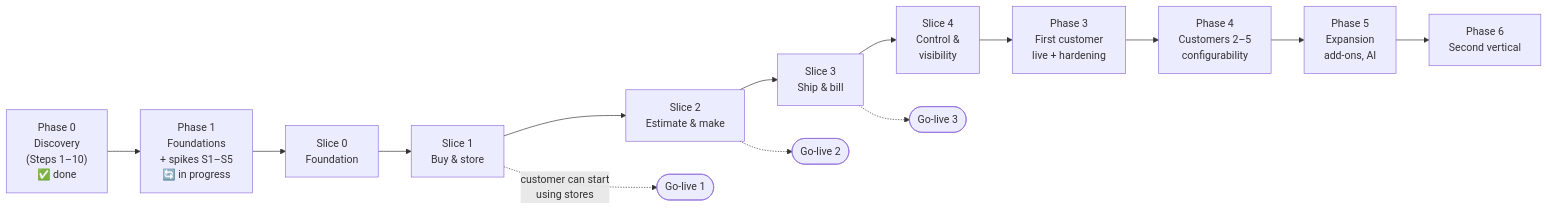
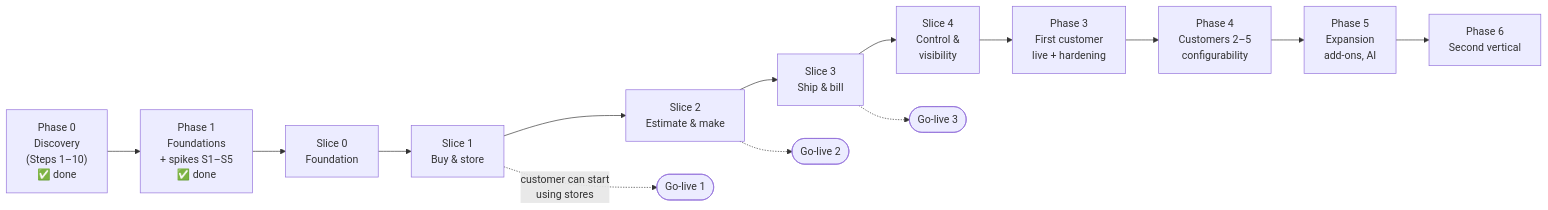
One commit to adityayadav30561-rgb/MASTER-ERP changed the diagram in docs/02-blueprint/ROADMAP-AND-MVP.md. Above: the diagram before and after it, drawn with Mermaid. The commit also changed other lines of this file and 17 other files, not shown here.

````diff
--- a/docs/02-blueprint/ROADMAP-AND-MVP.md
+++ b/docs/02-blueprint/ROADMAP-AND-MVP.md
@@ -25,16 +25,16 @@
 ```mermaid
 flowchart LR
-    P0["Phase 0<br/>Discovery<br/>(Steps 1–10)<br/>✅ done"] --> P1["Phase 1<br/>Foundations<br/>+ spikes S1–S5<br/>🔄 in progress"]
+    P0["Phase 0<br/>Discovery<br/>(Steps 1–10)<br/>✅ done"] --> P1["Phase 1<br/>Foundations<br/>+ spikes S1–S5<br/>✅ done"]
     P1 --> S0["Slice 0<br/>Foundation"]
     S0 --> S1["Slice 1<br/>Buy & store"]
     S1 --> S2["Slice 2<br/>Estimate & make"]
     S2 --> S3["Slice 3<br/>Ship & bill"]
     S3 --> S4["Slice 4<br/>Control &<br/>visibility"]
     S4 --> P3["Phase 3<br/>First customer<br/>live + hardening"]
     P3 --> P4["Phase 4<br/>Customers 2–5<br/>configurability"]
     P4 --> P5["Phase 5<br/>Expansion<br/>add-ons, AI"]
     P5 --> P6["Phase 6<br/>Second vertical"]
     S1 -.->|"customer can start<br/>using stores"| GL1(["Go-live 1"])
     S2 -.-> GL2(["Go-live 2"])
     S3 -.-> GL3(["Go-live 3"])
 ```
````
